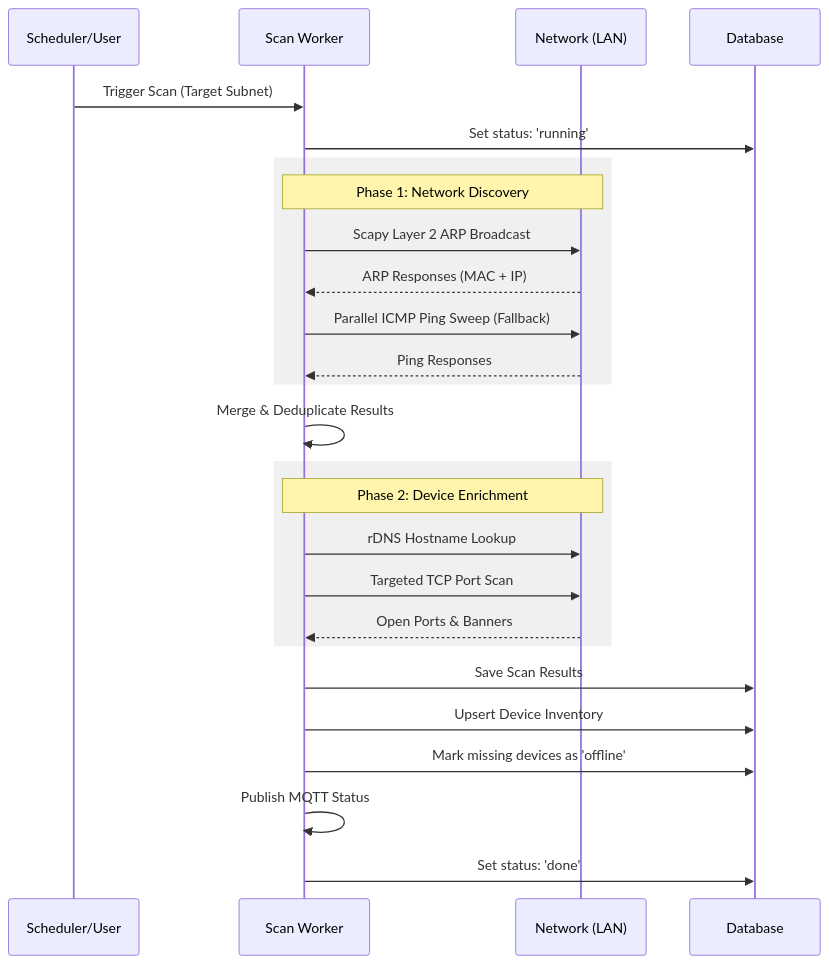
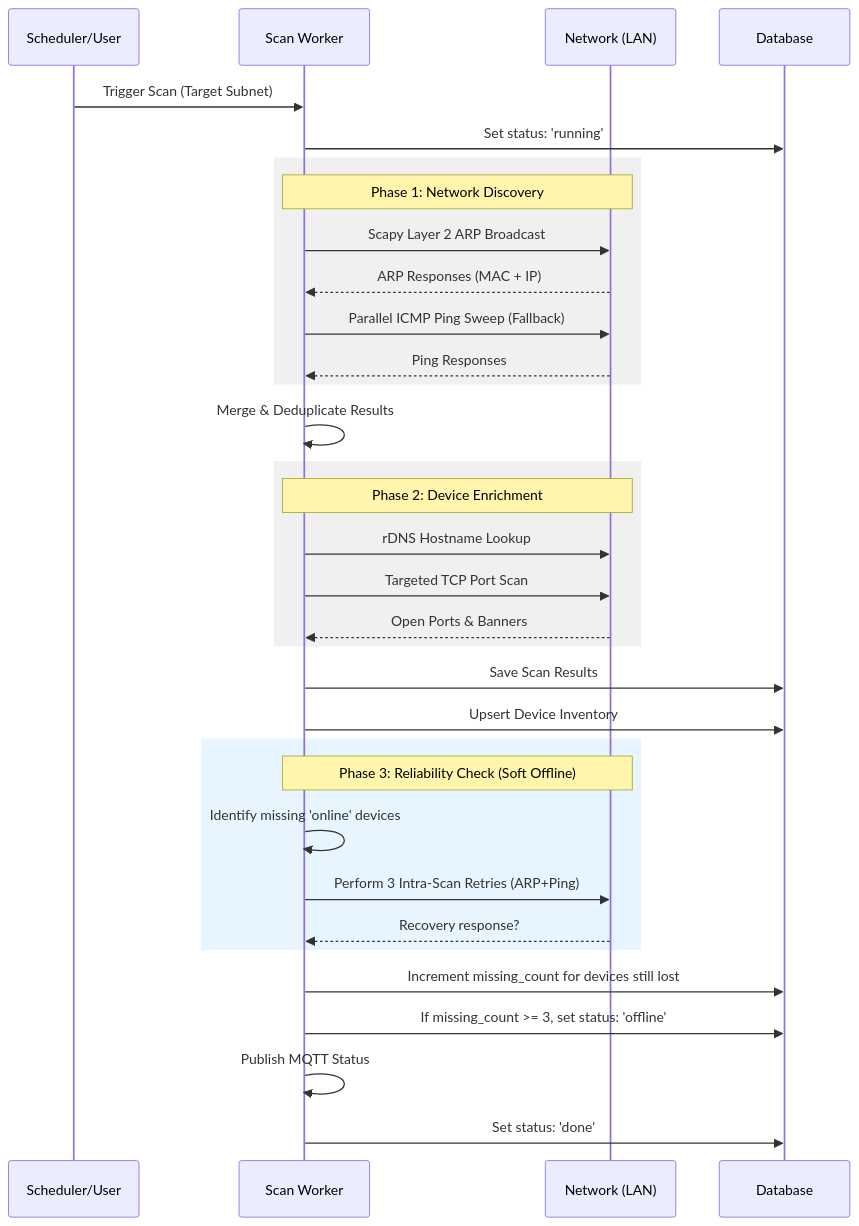
The diagram in docs/scanning_engine.md (IPLoom/iploom.github.io), drawn with Mermaid before and after one commit. The commit also changed other lines of this file and 56 other files, not shown here.

````diff
--- a/docs/scanning_engine.md
+++ b/docs/scanning_engine.md
@@ -11,33 +11,42 @@
 ```mermaid
 sequenceDiagram
     participant S as Scheduler/User
     participant W as Scan Worker
     participant N as Network (LAN)
     participant D as Database
     
     S->>W: Trigger Scan (Target Subnet)
     W->>D: Set status: 'running'
     
     rect rgb(240, 240, 240)
         Note over W, N: Phase 1: Network Discovery
         W->>N: Scapy Layer 2 ARP Broadcast
         N-->>W: ARP Responses (MAC + IP)
         W->>N: Parallel ICMP Ping Sweep (Fallback)
         N-->>W: Ping Responses
     end
     
     W->>W: Merge & Deduplicate Results
     
     rect rgb(240, 240, 240)
         Note over W, N: Phase 2: Device Enrichment
         W->>N: rDNS Hostname Lookup
         W->>N: Targeted TCP Port Scan
         N-->>W: Open Ports & Banners
     end
     
     W->>D: Save Scan Results
     W->>D: Upsert Device Inventory
-    W->>D: Mark missing devices as 'offline'
+    
+    rect rgb(230, 245, 255)
+        Note over W, N: Phase 3: Reliability Check (Soft Offline)
+        W->>W: Identify missing 'online' devices
+        W->>N: Perform 3 Intra-Scan Retries (ARP+Ping)
+        N-->>W: Recovery response?
+    end
+
+    W->>D: Increment missing_count for devices still lost
+    W->>D: If missing_count >= 3, set status: 'offline'
     W->>W: Publish MQTT Status
     W->>D: Set status: 'done'
 ```
````
